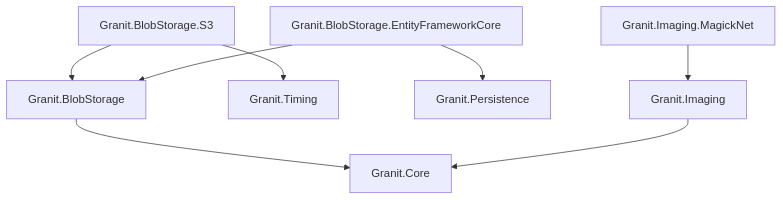
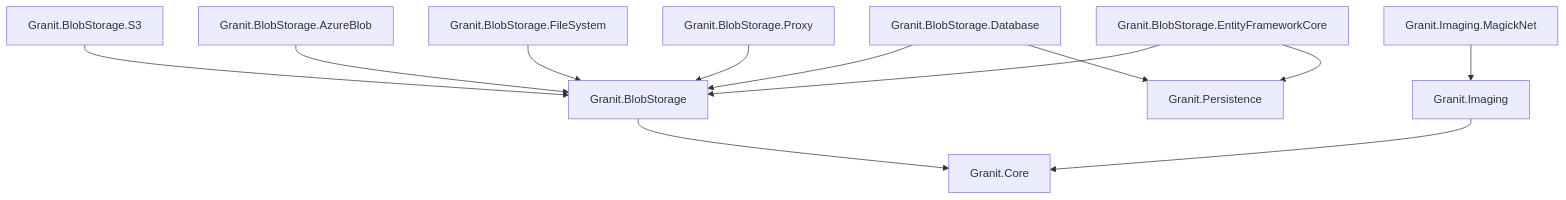
Before and after one commit to enraiz/granit-dotnet: the first of 4 diagrams in docs-site/src/content/docs/reference/modules/blob-storage.mdx, drawn with Mermaid. The commit also changed other lines of this file and 6 other files, not shown here.

First line of the commit message:
docs: update blob storage documentation for multi-provider architecture (#780)

````diff
--- a/docs-site/src/content/docs/reference/modules/blob-storage.mdx
+++ b/docs-site/src/content/docs/reference/modules/blob-storage.mdx
@@ -36,10 +80,14 @@
 ```mermaid
 graph TD
     BS[Granit.BlobStorage] --> CO[Granit.Core]
     S3[Granit.BlobStorage.S3] --> BS
-    S3 --> T[Granit.Timing]
+    AZ[Granit.BlobStorage.AzureBlob] --> BS
+    FS[Granit.BlobStorage.FileSystem] --> BS
+    DB[Granit.BlobStorage.Database] --> BS
+    DB --> P[Granit.Persistence]
+    PX[Granit.BlobStorage.Proxy] --> BS
     EF[Granit.BlobStorage.EntityFrameworkCore] --> BS
-    EF --> P[Granit.Persistence]
+    EF --> P
     IM[Granit.Imaging] --> CO
     MN[Granit.Imaging.MagickNet] --> IM
 ```
````
